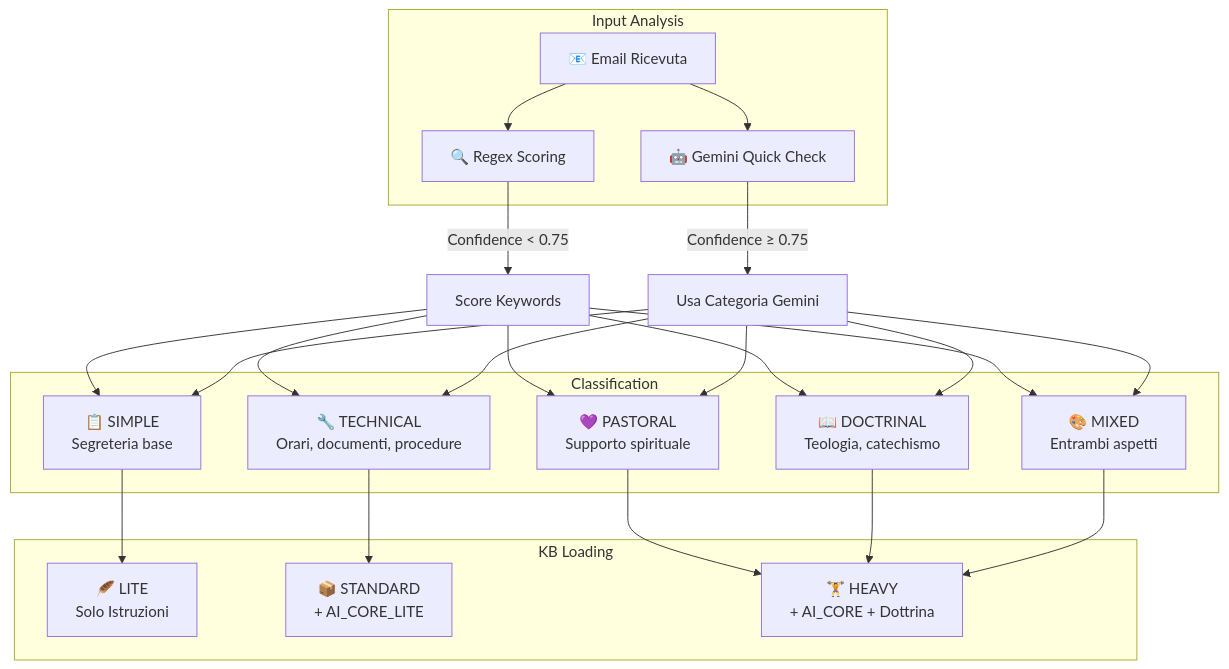
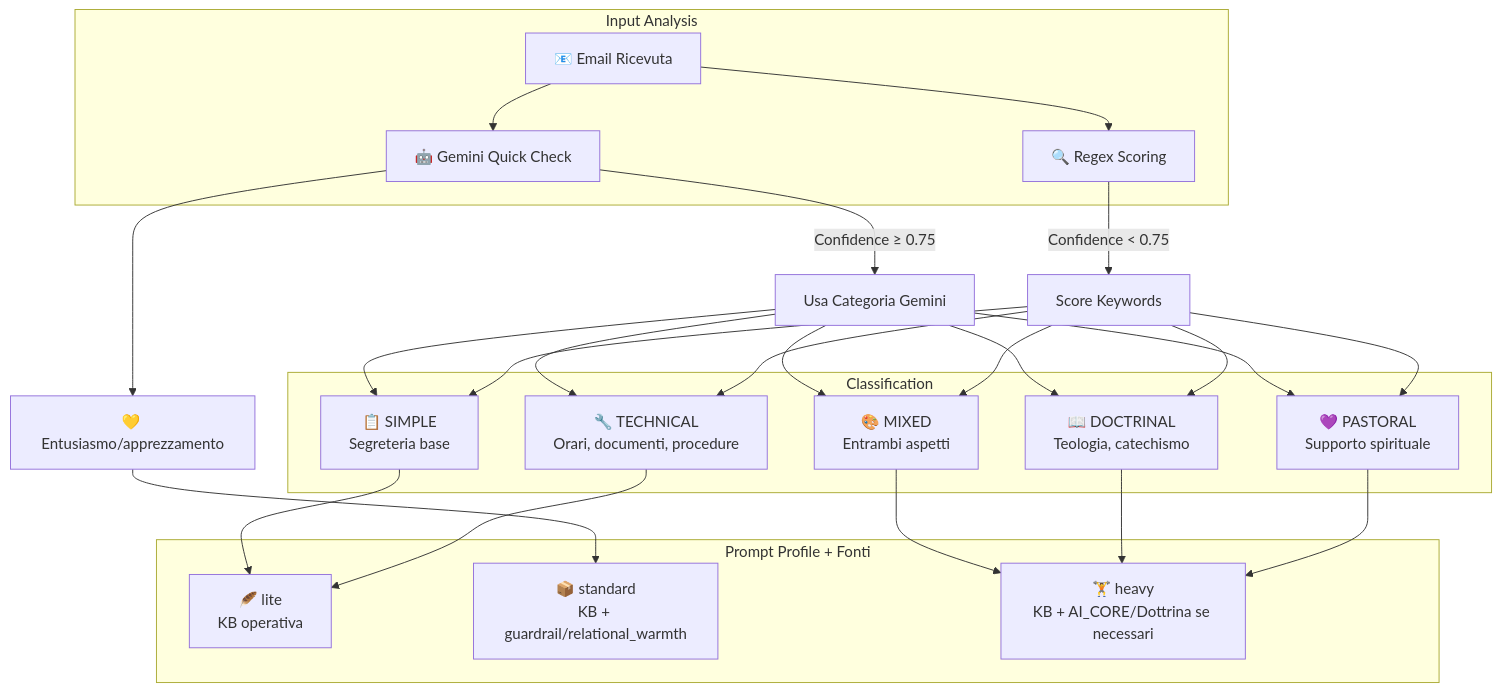
One commit to rasanfil-source/segreteria changed the ninth of 9 diagrams in docs/ARCHITECTURE_DIAGRAMS_IT.md. Above: the diagram before and after it, drawn with Mermaid. The commit also changed other lines of this file and 4 other files, not shown here.

Commit message:
Update architecture diagrams and readme modules description to include PromptContext and runtime prompt construction flow

````diff
--- a/docs/ARCHITECTURE_DIAGRAMS_IT.md
+++ b/docs/ARCHITECTURE_DIAGRAMS_IT.md
@@ -353,35 +365,37 @@
 ```mermaid
 graph TD
     subgraph "Input Analysis"
         IN["📧 Email Ricevuta"]
         REG["🔍 Regex Scoring"]
         GEM["🤖 Gemini Quick Check"]
     end
     
     subgraph "Classification"
         TECH["🔧 TECHNICAL<br/>Orari, documenti, procedure"]
         PAST["💜 PASTORAL<br/>Supporto spirituale"]
         DOCT["📖 DOCTRINAL<br/>Teologia, catechismo"]
         MIX["🎨 MIXED<br/>Entrambi aspetti"]
         SIMP["📋 SIMPLE<br/>Segreteria base"]
     end
     
-    subgraph "KB Loading"
-        LITE["🪶 LITE<br/>Solo Istruzioni"]
-        STD["📦 STANDARD<br/>+ AI_CORE_LITE"]
-        HEAVY["🏋️ HEAVY<br/>+ AI_CORE + Dottrina"]
+    subgraph "Prompt Profile + Fonti"
+        LITE["🪶 lite<br/>KB operativa"]
+        STD["📦 standard<br/>KB + guardrail/relational_warmth"]
+        HEAVY["🏋️ heavy<br/>KB + AI_CORE/Dottrina se necessari"]
     end
     
     IN --> REG & GEM
     REG --> |Confidence < 0.75| SCORE["Score Keywords"]
     GEM --> |Confidence ≥ 0.75| DIRECT["Usa Categoria Gemini"]
     
     SCORE --> TECH & PAST & DOCT & MIX & SIMP
     DIRECT --> TECH & PAST & DOCT & MIX & SIMP
     
-    TECH --> STD
+    TECH --> LITE
     PAST --> HEAVY
     DOCT --> HEAVY
     MIX --> HEAVY
     SIMP --> LITE
+    GEM --> WARM["💛 Entusiasmo/apprezzamento"]
+    WARM --> STD
 ```
````
